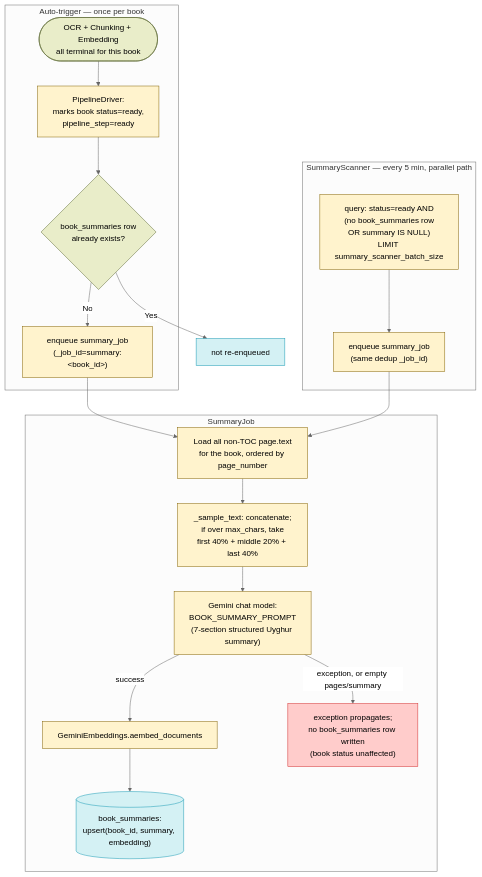
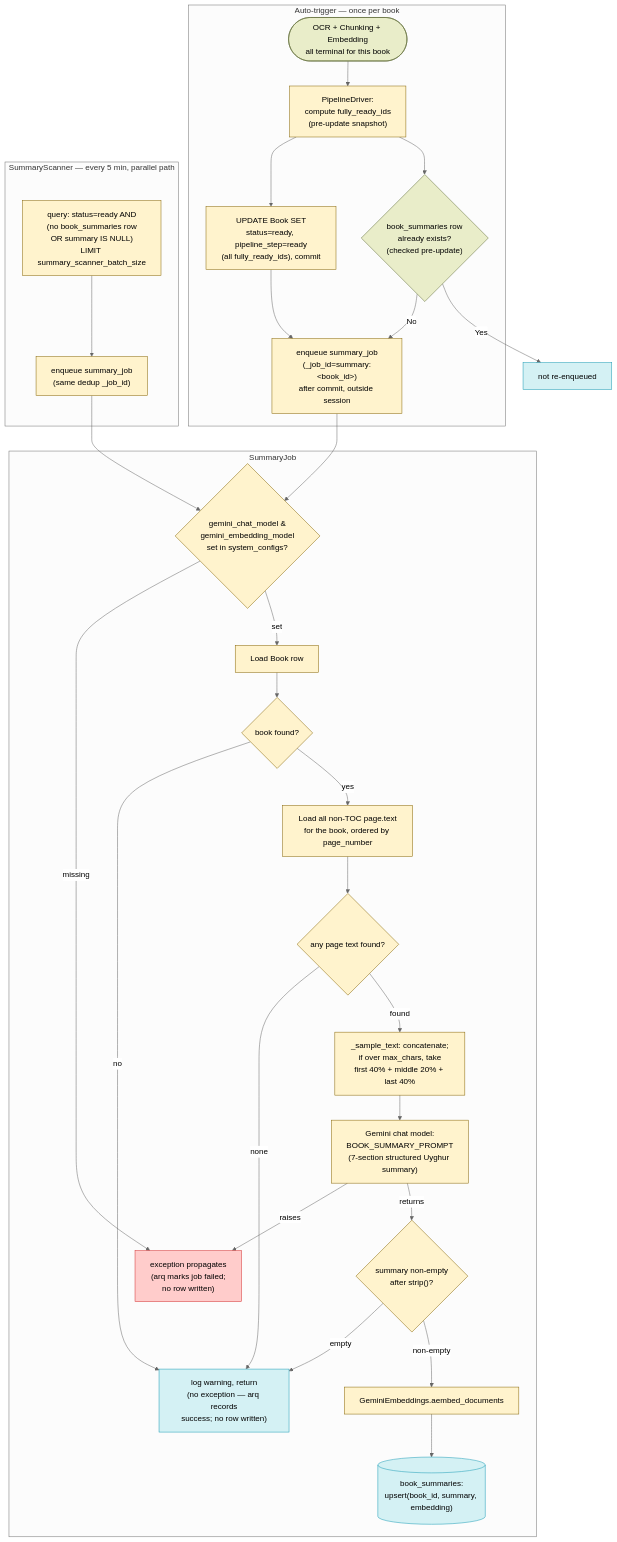
One commit to Kitabim-AI/kitabim-ai changed the diagram in docs/main/SUMMARY_DESIGN.md. Above: the diagram before and after it, drawn with Mermaid (neutral theme). The commit also changed 18 other files, not shown here.

Commit message:
feat: implement knowledge graph support, enhance i18n translation fallbacks, and update summary pipeline design.

````diff
--- a/docs/main/SUMMARY_DESIGN.md
+++ b/docs/main/SUMMARY_DESIGN.md
@@ -42,44 +42,61 @@
 ```mermaid
 flowchart TD
     subgraph AutoTrigger ["Auto-trigger — once per book"]
         MANDATORY(["OCR + Chunking + Embedding<br/>all terminal for this book"])
-        DRIVER["PipelineDriver:<br/>marks book status=ready,<br/>pipeline_step=ready"]
-        NOSUM{"book_summaries row<br/>already exists?"}
-        ENQ1["enqueue summary_job<br/>(_job_id=summary:&lt;book_id&gt;)"]
+        CANDIDATE["PipelineDriver:<br/>compute fully_ready_ids<br/>(pre-update snapshot)"]
+        NOSUM{"book_summaries row<br/>already exists?<br/>(checked pre-update)"}
+        UPDATE["UPDATE Book SET<br/>status=ready, pipeline_step=ready<br/>(all fully_ready_ids), commit"]
+        ENQ1["enqueue summary_job<br/>(_job_id=summary:&lt;book_id&gt;)<br/>after commit, outside session"]
     end
 
     subgraph Backfill ["SummaryScanner — every 5 min, parallel path"]
         SCAN["query: status=ready AND<br/>(no book_summaries row<br/>OR summary IS NULL)<br/>LIMIT summary_scanner_batch_size"]
         ENQ2["enqueue summary_job<br/>(same dedup _job_id)"]
     end
 
     subgraph SummaryJobFlow ["SummaryJob"]
+        CONFIG{"gemini_chat_model &<br/>gemini_embedding_model<br/>set in system_configs?"}
+        LOADBOOK["Load Book row"]
+        NOBOOK{"book found?"}
         LOAD["Load all non-TOC page.text<br/>for the book, ordered by page_number"]
+        NOPAGES{"any page text found?"}
         SAMPLE["_sample_text: concatenate;<br/>if over max_chars, take<br/>first 40% + middle 20% + last 40%"]
         LLM["Gemini chat model:<br/>BOOK_SUMMARY_PROMPT<br/>(7-section structured Uyghur summary)"]
+        EMPTYCHK{"summary non-empty<br/>after strip()?"}
         EMBED["GeminiEmbeddings.aembed_documents"]
         UPSERT[("book_summaries:<br/>upsert(book_id, summary, embedding)")]
-        FAIL["exception propagates;<br/>no book_summaries row written<br/>(book status unaffected)"]
+        NOROW["log warning, return<br/>(no exception — arq records<br/>success; no row written)"]
+        EXC["exception propagates<br/>(arq marks job failed;<br/>no row written)"]
     end
 
-    MANDATORY --> DRIVER --> NOSUM
+    MANDATORY --> CANDIDATE
+    CANDIDATE --> UPDATE
+    CANDIDATE --> NOSUM
     NOSUM -- No --> ENQ1
     NOSUM -- Yes --> NOOP1["not re-enqueued"]
-    ENQ1 --> LOAD
+    UPDATE --> ENQ1
+    ENQ1 --> CONFIG
 
-    SCAN --> ENQ2 --> LOAD
+    SCAN --> ENQ2 --> CONFIG
 
-    LOAD --> SAMPLE --> LLM
-    LLM -->|success| EMBED --> UPSERT
-    LLM -->|exception, or empty pages/summary| FAIL
+    CONFIG -- missing --> EXC
+    CONFIG -- set --> LOADBOOK --> NOBOOK
+    NOBOOK -- no --> NOROW
+    NOBOOK -- yes --> LOAD --> NOPAGES
+    NOPAGES -- none --> NOROW
+    NOPAGES -- found --> SAMPLE --> LLM
+    LLM -->|raises| EXC
+    LLM -->|returns| EMPTYCHK
+    EMPTYCHK -- empty --> NOROW
+    EMPTYCHK -- non-empty --> EMBED --> UPSERT
 
     classDef idle fill:#e9edc9,stroke:#606c38
     classDef active fill:#fff3cd,stroke:#856404
     classDef done fill:#d4f1f4,stroke:#189ab4
     classDef fail fill:#ffcccb,stroke:#d32f2f
 
     class MANDATORY,NOSUM idle
-    class DRIVER,ENQ1,SCAN,ENQ2,LOAD,SAMPLE,LLM,EMBED active
-    class UPSERT,NOOP1 done
-    class FAIL fail
+    class CANDIDATE,UPDATE,ENQ1,SCAN,ENQ2,CONFIG,LOADBOOK,NOBOOK,LOAD,NOPAGES,SAMPLE,LLM,EMPTYCHK,EMBED active
+    class UPSERT,NOOP1,NOROW done
+    class EXC fail
 ```
````
